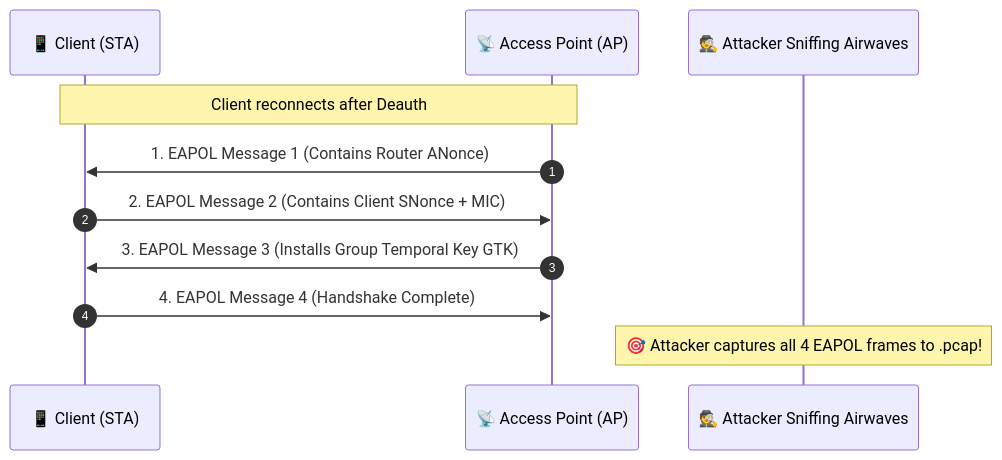
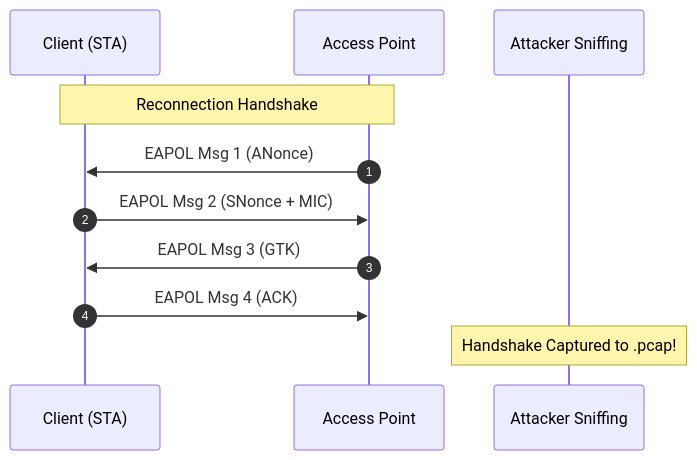
Before and after one commit to DaddyZyn/Cyber-security-notes: the second of 4 diagrams in topics/11-wifi-80211-deauth-wpa2-handshakes-and-pmkid/README.md, drawn with Mermaid. The commit also changed other lines of this file and 19 other files, not shown here.

Commit message:
fix: overhaul all Mermaid diagrams with clean vertical layouts and short line-wrapping to prevent GitHub clipping

````diff
--- a/topics/11-wifi-80211-deauth-wpa2-handshakes-and-pmkid/README.md
+++ b/topics/11-wifi-80211-deauth-wpa2-handshakes-and-pmkid/README.md
@@ -81,14 +79,14 @@
 ```mermaid
 sequenceDiagram
     autonumber
-    participant Client as 📱 Client (STA)
-    participant AP as 📡 Access Point (AP)
-    participant Attacker as 🕵️ Attacker Sniffing Airwaves
+    participant Client as Client (STA)
+    participant AP as Access Point
+    participant Attacker as Attacker Sniffing
 
-    Note over Client,AP: Client reconnects after Deauth
-    AP->>Client: 1. EAPOL Message 1 (Contains Router ANonce)
-    Client->>AP: 2. EAPOL Message 2 (Contains Client SNonce + MIC)
-    AP->>Client: 3. EAPOL Message 3 (Installs Group Temporal Key GTK)
-    Client->>AP: 4. EAPOL Message 4 (Handshake Complete)
-    Note over Attacker: 🎯 Attacker captures all 4 EAPOL frames to .pcap!
+    Note over Client,AP: Reconnection Handshake
+    AP->>Client: EAPOL Msg 1 (ANonce)
+    Client->>AP: EAPOL Msg 2 (SNonce + MIC)
+    AP->>Client: EAPOL Msg 3 (GTK)
+    Client->>AP: EAPOL Msg 4 (ACK)
+    Note over Attacker: Handshake Captured to .pcap!
 ```
````
